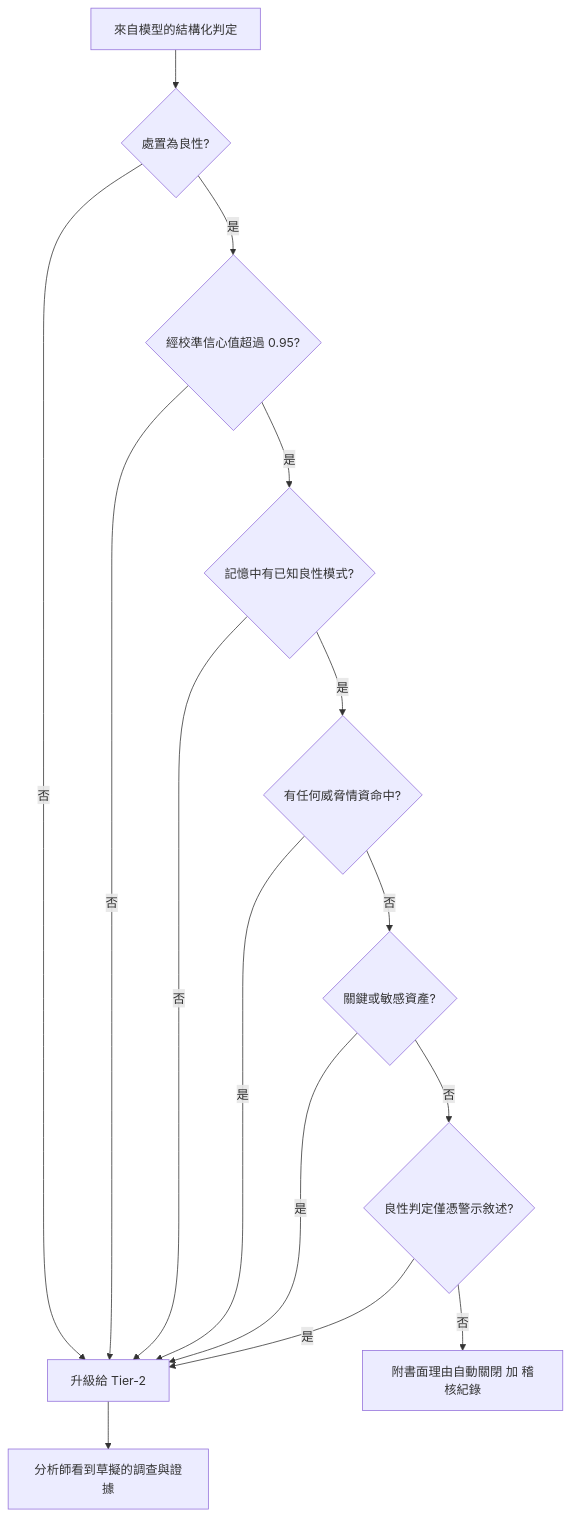
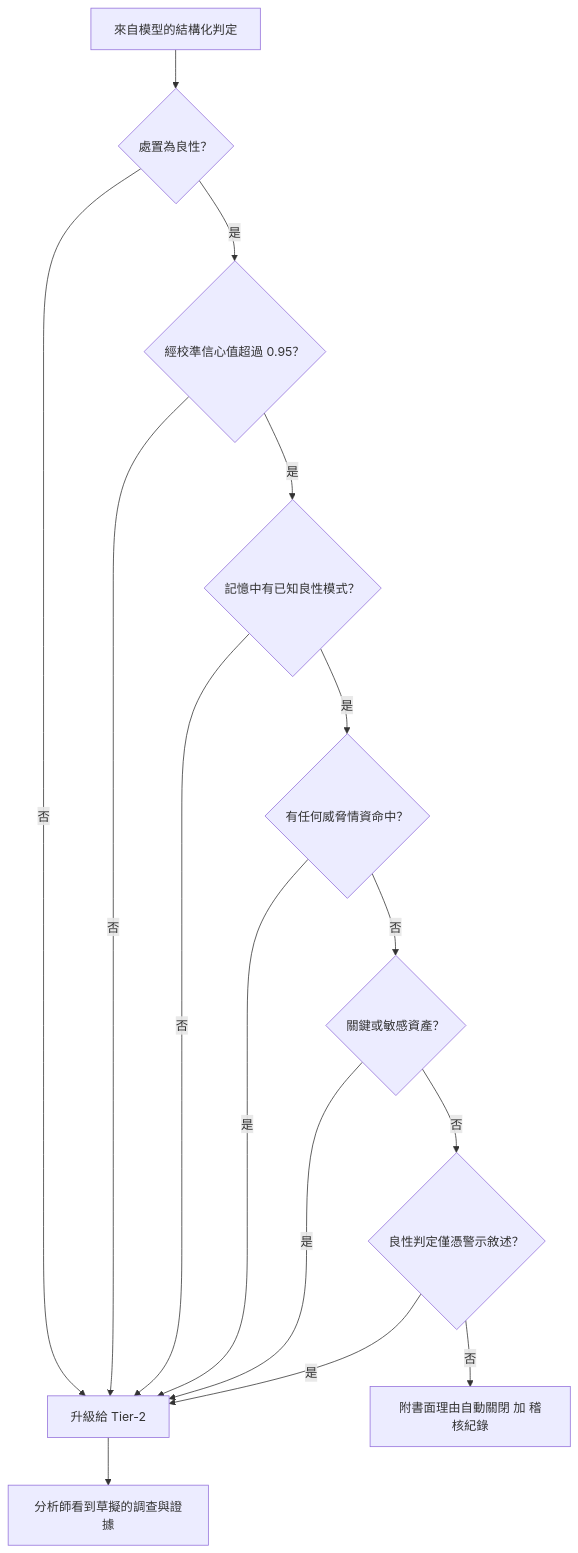
Before and after one commit to jack51706/ai-system-design-guide: the second of 4 diagrams in i18n/zh-Hant/docusaurus-plugin-content-docs/current/16-case-studies/40-soc-security-operations-copilot.md, drawn with Mermaid. The commit also changed other lines of this file and 35 other files, not shown here.

````diff
--- a/i18n/zh-Hant/docusaurus-plugin-content-docs/current/16-case-studies/40-soc-security-operations-copilot.md
+++ b/i18n/zh-Hant/docusaurus-plugin-content-docs/current/16-case-studies/40-soc-security-operations-copilot.md
@@ -191,17 +213,17 @@
 ```mermaid
 flowchart TD
-    V[來自模型的結構化判定] --> D{處置為良性?}
+    V[來自模型的結構化判定] --> D{處置為良性？}
     D -->|否| ESC[升級給 Tier-2]
-    D -->|是| C{經校準信心值超過 0.95?}
+    D -->|是| C{經校準信心值超過 0.95？}
     C -->|否| ESC
-    C -->|是| P{記憶中有已知良性模式?}
+    C -->|是| P{記憶中有已知良性模式？}
     P -->|否| ESC
-    P -->|是| I{有任何威脅情資命中?}
+    P -->|是| I{有任何威脅情資命中？}
     I -->|是| ESC
-    I -->|否| A{關鍵或敏感資產?}
+    I -->|否| A{關鍵或敏感資產？}
     A -->|是| ESC
-    A -->|否| N{良性判定僅憑警示敘述?}
+    A -->|否| N{良性判定僅憑警示敘述？}
     N -->|是| ESC
     N -->|否| CLOSE[附書面理由自動關閉 加 稽核紀錄]
     ESC --> HUMAN[分析師看到草擬的調查與證據]
 ```
````
